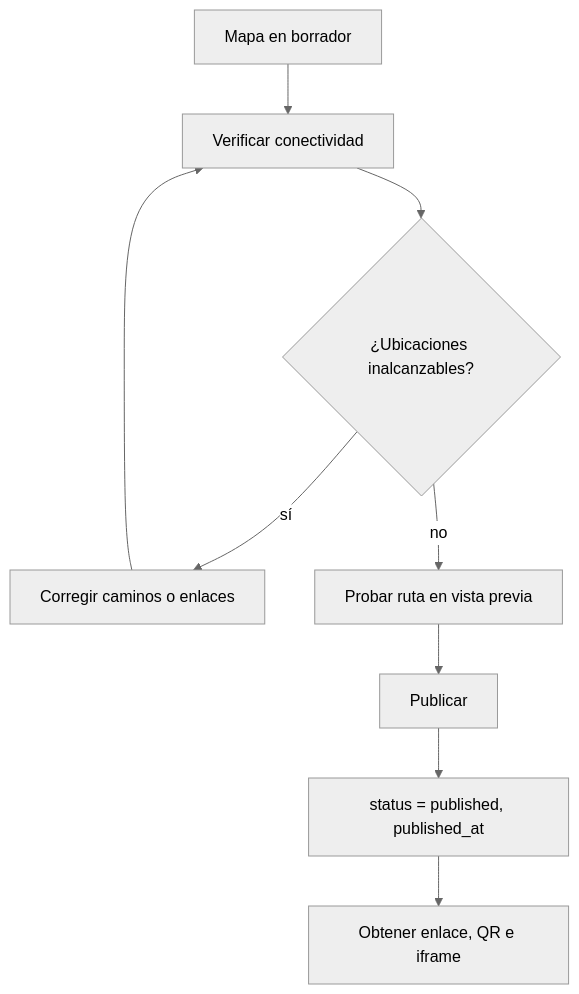
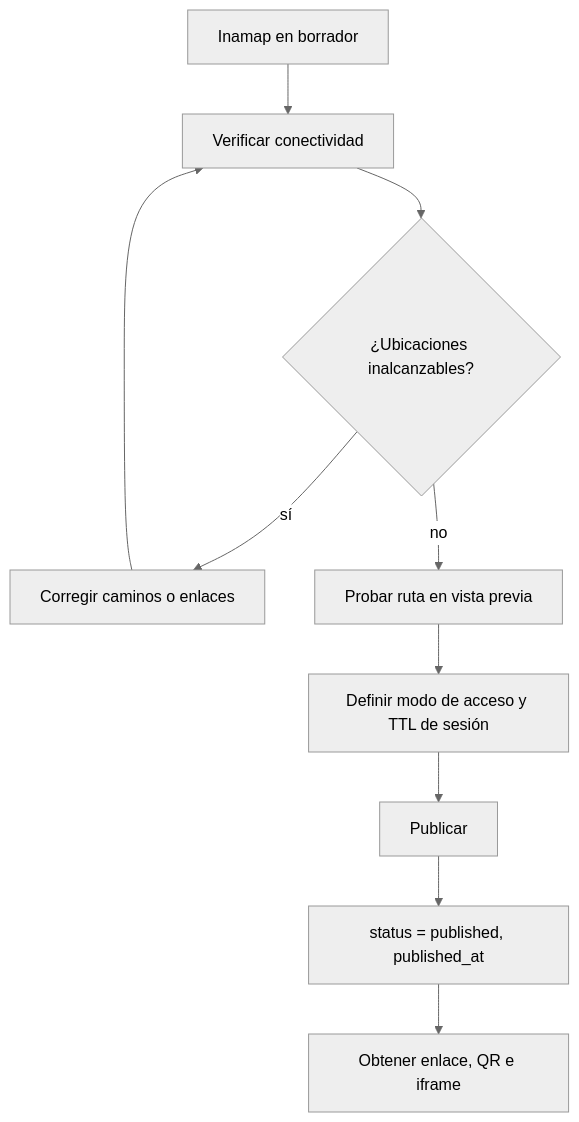
Before and after one commit to farandal/inamap-backend-domain: diagram 15 of 21 in README.md, drawn with Mermaid (neutral theme). The commit also changed other lines of this file, not shown here.

First line of the commit message:
docs: finalize INAMAP domain specification

````diff
--- a/README.md
+++ b/README.md
@@ -971,11 +1127,12 @@
 ```mermaid
 flowchart TD
-    A["Mapa en borrador"] --> B["Verificar conectividad"]
+    A["Inamap en borrador"] --> B["Verificar conectividad"]
     B --> C{"¿Ubicaciones inalcanzables?"}
     C -->|"sí"| D["Corregir caminos o enlaces"]
     D --> B
     C -->|"no"| E["Probar ruta en vista previa"]
-    E --> F["Publicar"]
+    E --> M["Definir modo de acceso y TTL de sesión"]
+    M --> F["Publicar"]
     F --> G["status = published, published_at"]
     G --> H["Obtener enlace, QR e iframe"]
 ```
````
